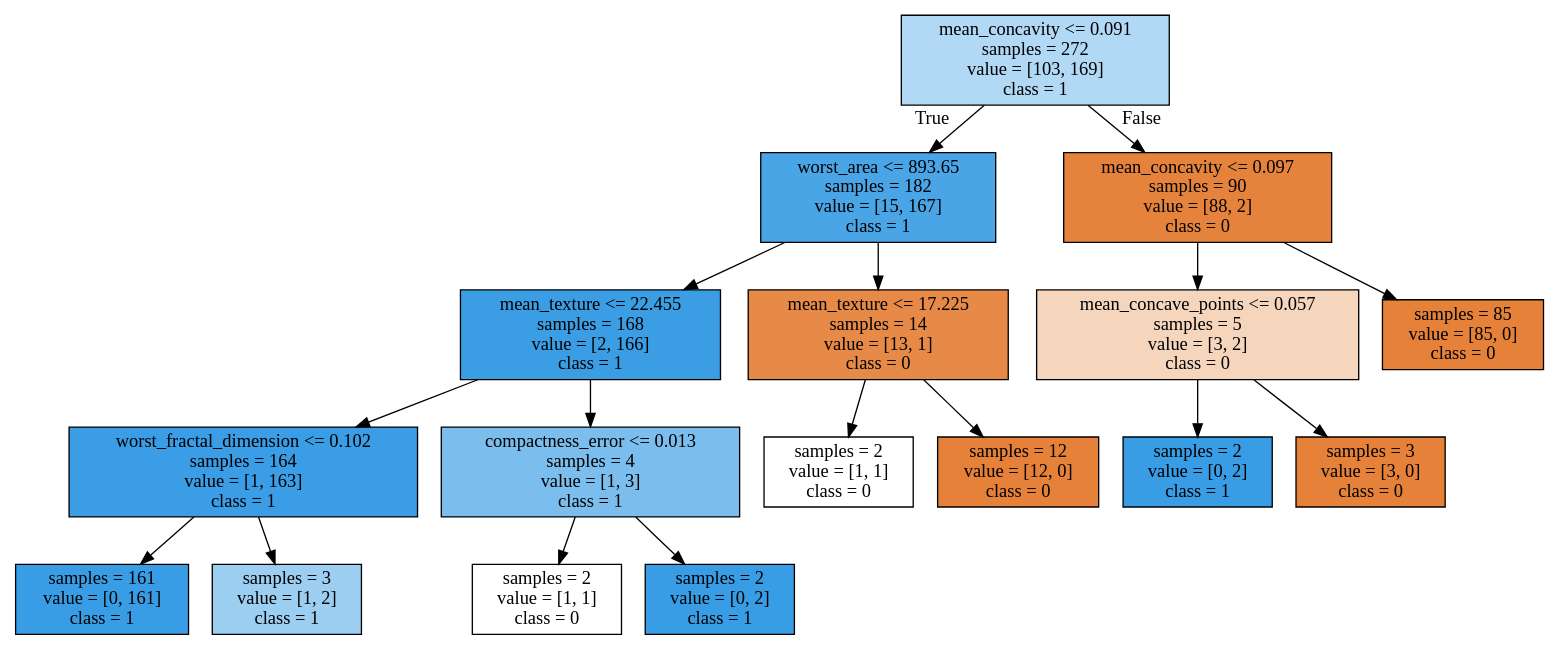
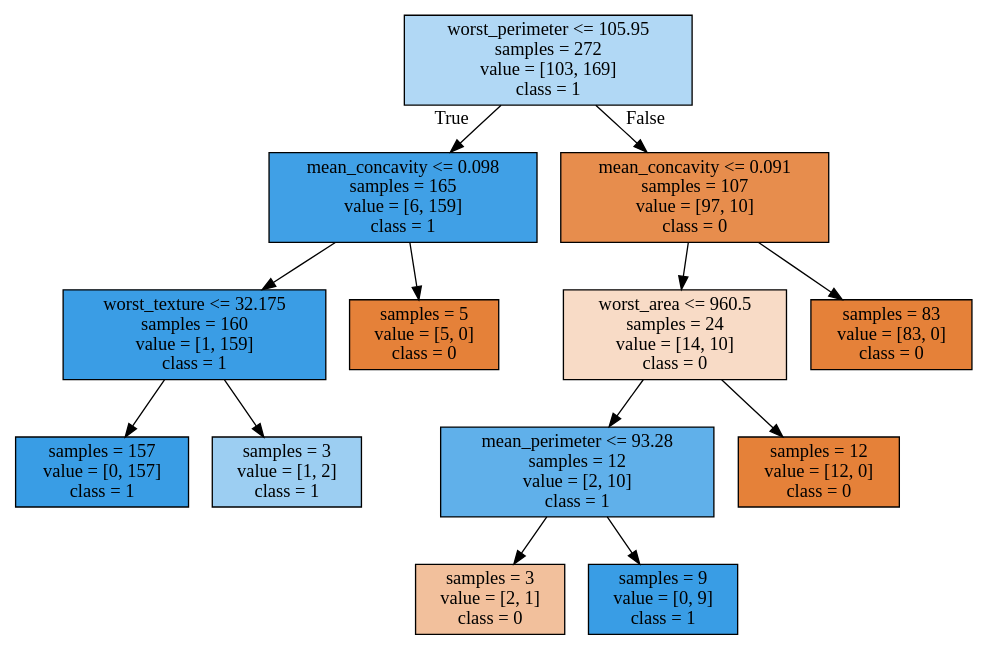
Before and after one commit to LEE010/Posco-Ai-Bigdata: the diagram in task/week_4/clf.dot, drawn with Graphviz. The commit also changed 17 other files, not shown here.

```diff
--- a/task/week_4/clf.dot
+++ b/task/week_4/clf.dot
@@ -1,36 +1,28 @@
 digraph Tree {
 node [shape=box, style="filled", color="black"] ;
-0 [label="mean_concavity <= 0.091\nsamples = 272\nvalue = [103, 169]\nclass = 1", fillcolor="#399de564"] ;
-1 [label="worst_area <= 893.65\nsamples = 182\nvalue = [15, 167]\nclass = 1", fillcolor="#399de5e8"] ;
+0 [label="worst_perimeter <= 105.95\nsamples = 272\nvalue = [103, 169]\nclass = 1", fillcolor="#399de564"] ;
+1 [label="mean_concavity <= 0.098\nsamples = 165\nvalue = [6, 159]\nclass = 1", fillcolor="#399de5f5"] ;
 0 -> 1 [labeldistance=2.5, labelangle=45, headlabel="True"] ;
-2 [label="mean_texture <= 22.455\nsamples = 168\nvalue = [2, 166]\nclass = 1", fillcolor="#399de5fc"] ;
+2 [label="worst_texture <= 32.175\nsamples = 160\nvalue = [1, 159]\nclass = 1", fillcolor="#399de5fd"] ;
 1 -> 2 ;
-3 [label="worst_fractal_dimension <= 0.102\nsamples = 164\nvalue = [1, 163]\nclass = 1", fillcolor="#399de5fd"] ;
+3 [label="samples = 157\nvalue = [0, 157]\nclass = 1", fillcolor="#399de5ff"] ;
 2 -> 3 ;
-4 [label="samples = 161\nvalue = [0, 161]\nclass = 1", fillcolor="#399de5ff"] ;
-3 -> 4 ;
-5 [label="samples = 3\nvalue = [1, 2]\nclass = 1", fillcolor="#399de57f"] ;
-3 -> 5 ;
-6 [label="compactness_error <= 0.013\nsamples = 4\nvalue = [1, 3]\nclass = 1", fillcolor="#399de5aa"] ;
-2 -> 6 ;
-7 [label="samples = 2\nvalue = [1, 1]\nclass = 0", fillcolor="#e5813900"] ;
+4 [label="samples = 3\nvalue = [1, 2]\nclass = 1", fillcolor="#399de57f"] ;
+2 -> 4 ;
+5 [label="samples = 5\nvalue = [5, 0]\nclass = 0", fillcolor="#e58139ff"] ;
+1 -> 5 ;
+6 [label="mean_concavity <= 0.091\nsamples = 107\nvalue = [97, 10]\nclass = 0", fillcolor="#e58139e5"] ;
+0 -> 6 [labeldistance=2.5, labelangle=-45, headlabel="False"] ;
+7 [label="worst_area <= 960.5\nsamples = 24\nvalue = [14, 10]\nclass = 0", fillcolor="#e5813949"] ;
 6 -> 7 ;
-8 [label="samples = 2\nvalue = [0, 2]\nclass = 1", fillcolor="#399de5ff"] ;
-6 -> 8 ;
-9 [label="mean_texture <= 17.225\nsamples = 14\nvalue = [13, 1]\nclass = 0", fillcolor="#e58139eb"] ;
-1 -> 9 ;
-10 [label="samples = 2\nvalue = [1, 1]\nclass = 0", fillcolor="#e5813900"] ;
-9 -> 10 ;
+8 [label="mean_perimeter <= 93.28\nsamples = 12\nvalue = [2, 10]\nclass = 1", fillcolor="#399de5cc"] ;
+7 -> 8 ;
+9 [label="samples = 3\nvalue = [2, 1]\nclass = 0", fillcolor="#e581397f"] ;
+8 -> 9 ;
+10 [label="samples = 9\nvalue = [0, 9]\nclass = 1", fillcolor="#399de5ff"] ;
+8 -> 10 ;
 11 [label="samples = 12\nvalue = [12, 0]\nclass = 0", fillcolor="#e58139ff"] ;
-9 -> 11 ;
-12 [label="mean_concavity <= 0.097\nsamples = 90\nvalue = [88, 2]\nclass = 0", fillcolor="#e58139f9"] ;
-0 -> 12 [labeldistance=2.5, labelangle=-45, headlabel="False"] ;
-13 [label="mean_concave_points <= 0.057\nsamples = 5\nvalue = [3, 2]\nclass = 0", fillcolor="#e5813955"] ;
-12 -> 13 ;
-14 [label="samples = 2\nvalue = [0, 2]\nclass = 1", fillcolor="#399de5ff"] ;
-13 -> 14 ;
-15 [label="samples = 3\nvalue = [3, 0]\nclass = 0", fillcolor="#e58139ff"] ;
-13 -> 15 ;
-16 [label="samples = 85\nvalue = [85, 0]\nclass = 0", fillcolor="#e58139ff"] ;
-12 -> 16 ;
+7 -> 11 ;
+12 [label="samples = 83\nvalue = [83, 0]\nclass = 0", fillcolor="#e58139ff"] ;
+6 -> 12 ;
 }
```
